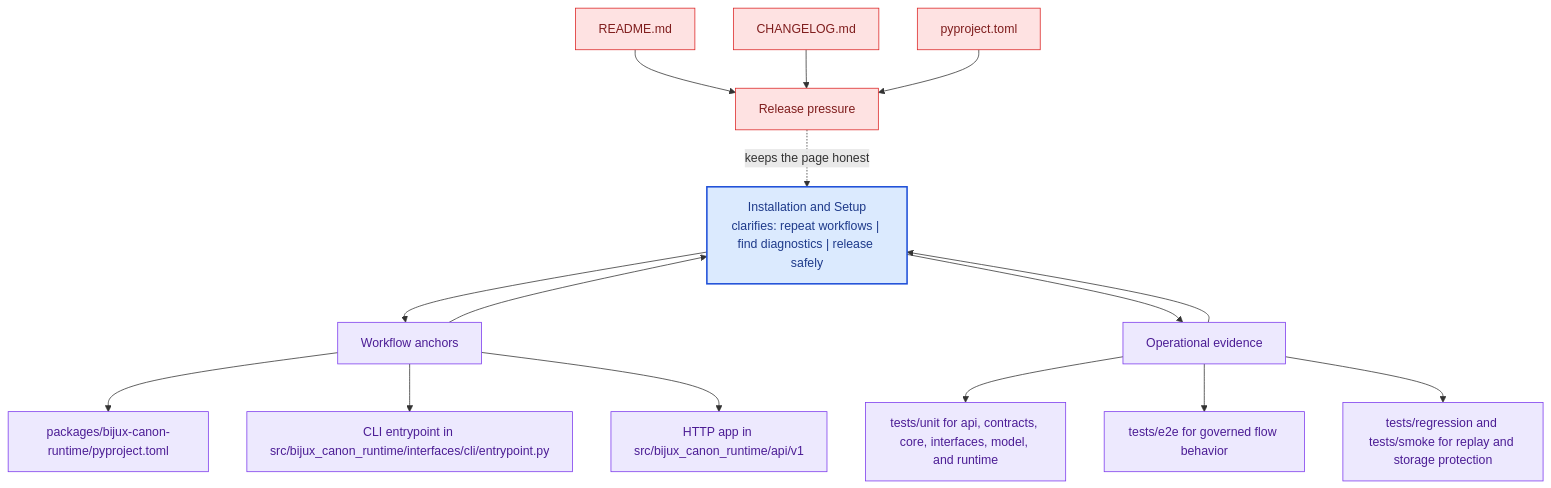
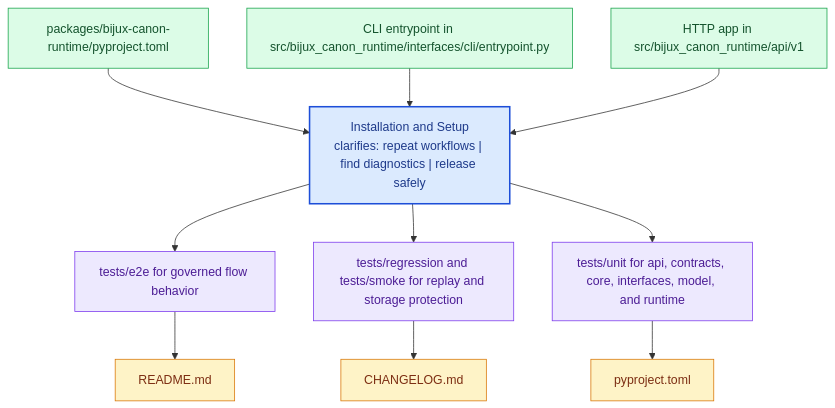
The diagram in docs/bijux-canon-runtime/operations/installation-and-setup.md (bijux/bijux-canon), drawn with Mermaid before and after one commit. The commit also changed other lines of this file and 281 other files, not shown here.

Commit message:
docs(diagrams): replace repeated mermaid scaffolds with page-specific summaries

````diff
--- a/docs/bijux-canon-runtime/operations/installation-and-setup.md
+++ b/docs/bijux-canon-runtime/operations/installation-and-setup.md
@@ -68,41 +23,31 @@
 ```mermaid
 flowchart TB
-    promise["Installation and Setup<br/>clarifies: repeat workflows | find diagnostics | release safely"]
-    classDef promise fill:#dbeafe,stroke:#1d4ed8,color:#1e3a8a,stroke-width:2px;
-    classDef driver fill:#dcfce7,stroke:#16a34a,color:#14532d;
-    classDef constraint fill:#fee2e2,stroke:#dc2626,color:#7f1d1d;
-    classDef ground fill:#ede9fe,stroke:#7c3aed,color:#4c1d95;
-    focus1["Workflow anchors"]
-    focus1 --> promise
-    promise --> focus1
-    focus1_1["packages/bijux-canon-runtime/pyproject.toml"]
-    focus1 --> focus1_1
-    focus1_2["CLI entrypoint in src/bijux_canon_runtime/interfaces/cli/entrypoint.py"]
-    focus1 --> focus1_2
-    focus1_3["HTTP app in src/bijux_canon_runtime/api/v1"]
-    focus1 --> focus1_3
-    class focus1 ground;
-    class focus1_1,focus1_2,focus1_3 ground;
-    focus2["Operational evidence"]
-    focus2 --> promise
-    promise --> focus2
-    focus2_1["tests/unit for api, contracts, core, interfaces, model, and runtime"]
-    focus2 --> focus2_1
-    focus2_2["tests/e2e for governed flow behavior"]
-    focus2 --> focus2_2
-    focus2_3["tests/regression and tests/smoke for replay and storage protection"]
-    focus2 --> focus2_3
-    class focus2 ground;
-    class focus2_1,focus2_2,focus2_3 ground;
-    focus3["Release pressure"]
-    focus3 -.keeps the page honest.-> promise
-    focus3_1["README.md"]
-    focus3_1 --> focus3
-    focus3_2["CHANGELOG.md"]
-    focus3_2 --> focus3
-    focus3_3["pyproject.toml"]
-    focus3_3 --> focus3
-    class focus3 constraint;
-    class focus3_1,focus3_2,focus3_3 constraint;
-    class promise promise;
+    page["Installation and Setup<br/>clarifies: repeat workflows | find diagnostics | release safely"]
+    classDef page fill:#dbeafe,stroke:#1d4ed8,color:#1e3a8a,stroke-width:2px;
+    classDef positive fill:#dcfce7,stroke:#16a34a,color:#14532d;
+    classDef caution fill:#fee2e2,stroke:#dc2626,color:#7f1d1d;
+    classDef anchor fill:#ede9fe,stroke:#7c3aed,color:#4c1d95;
+    classDef action fill:#fef3c7,stroke:#d97706,color:#7c2d12;
+    step1["packages/bijux-canon-runtime/pyproject.toml"]
+    step1 --> page
+    step2["CLI entrypoint in src/bijux_canon_runtime/interfaces/cli/entrypoint.py"]
+    step2 --> page
+    step3["HTTP app in src/bijux_canon_runtime/api/v1"]
+    step3 --> page
+    run1["tests/e2e for governed flow behavior"]
+    page --> run1
+    run2["tests/regression and tests/smoke for replay and storage protection"]
+    page --> run2
+    run3["tests/unit for api, contracts, core, interfaces, model, and runtime"]
+    page --> run3
+    release1["README.md"]
+    run1 --> release1
+    release2["CHANGELOG.md"]
+    run2 --> release2
+    release3["pyproject.toml"]
+    run3 --> release3
+    class page page;
+    class step1,step2,step3 positive;
+    class run1,run2,run3 anchor;
+    class release1,release2,release3 action;
 ```
````
